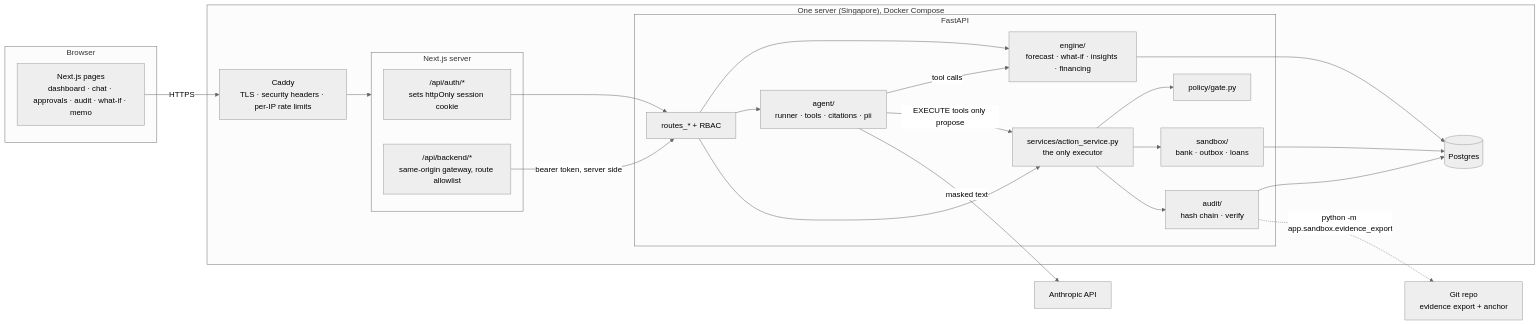
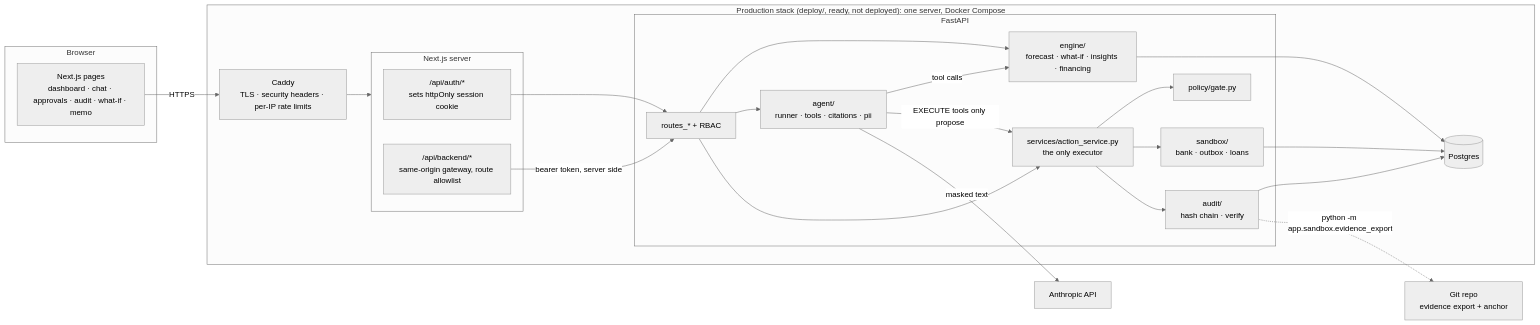
One commit to eld1kz/2c changed the diagram in docs/architecture.md. Above: the diagram before and after it, drawn with Mermaid (neutral theme). The commit also changed other lines of this file and 6 other files, not shown here.

Commit message:
phase 7: submission runs locally (exact docker compose steps); evidence from the local stack; deploy kept ready

````diff
--- a/docs/architecture.md
+++ b/docs/architecture.md
@@ -13,44 +13,44 @@
 ```mermaid
 flowchart LR
     subgraph Browser
         UI["Next.js pages<br/>dashboard · chat · approvals · audit · what-if · memo"]
     end
 
-    subgraph Server["One server (Singapore), Docker Compose"]
+    subgraph Server["Production stack (deploy/, ready, not deployed): one server, Docker Compose"]
         Caddy["Caddy<br/>TLS · security headers · per-IP rate limits"]
         subgraph Web["Next.js server"]
             Login["/api/auth/*<br/>sets httpOnly session cookie"]
             Gateway["/api/backend/*<br/>same-origin gateway, route allowlist"]
         end
         subgraph API["FastAPI"]
             Routes["routes_* + RBAC"]
             Agent["agent/<br/>runner · tools · citations · pii"]
             Engine["engine/<br/>forecast · what-if · insights · financing"]
             Actions["services/action_service.py<br/>the only executor"]
             Gate["policy/gate.py"]
             Sandbox["sandbox/<br/>bank · outbox · loans"]
             Audit["audit/<br/>hash chain · verify"]
         end
         DB[("Postgres")]
     end
 
     Claude["Anthropic API"]
     Git["Git repo<br/>evidence export + anchor"]
 
     UI -->|HTTPS| Caddy --> Web
     Gateway -->|bearer token, server side| Routes
     Login --> Routes
     Routes --> Engine
     Routes --> Agent
     Routes --> Actions
     Agent -->|tool calls| Engine
     Agent -->|EXECUTE tools only propose| Actions
     Agent -->|masked text| Claude
     Actions --> Gate
     Actions --> Sandbox
     Actions --> Audit
     Engine --> DB
     Sandbox --> DB
     Audit --> DB
     Audit -.->|"python -m app.sandbox.evidence_export"| Git
 ```
````
